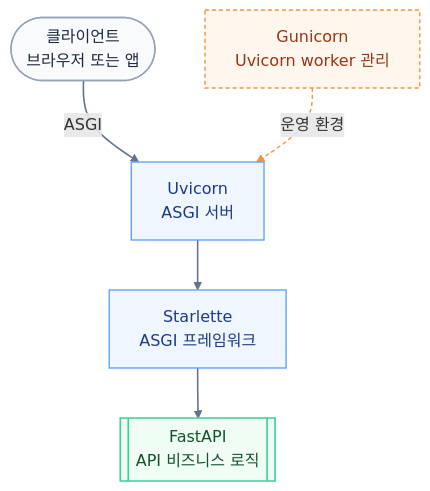
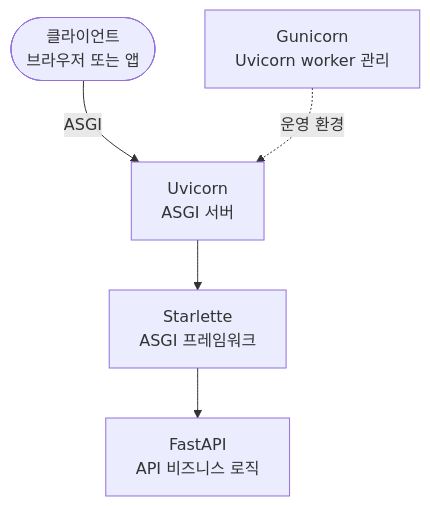
The diagram in content/Dev/python/Python fastapi.md (DS-argus/argus-quartz), drawn with Mermaid before and after one commit. The commit also changed other lines of this file and 16 other files, not shown here.

````diff
--- a/content/Dev/python/Python fastapi.md
+++ b/content/Dev/python/Python fastapi.md
@@ -51,22 +51,13 @@
 ```mermaid
 flowchart TD
     Client(["클라이언트<br/>브라우저 또는 앱"]):::entry
     Uvicorn["Uvicorn<br/>ASGI 서버"]:::runtime
     Starlette["Starlette<br/>ASGI 프레임워크"]:::runtime
-    FastAPI[[FastAPI<br/>API 비즈니스 로직]]:::app
+    FastAPI[FastAPI<br/>API 비즈니스 로직]:::app
     Gunicorn["Gunicorn<br/>Uvicorn worker 관리"]:::ops
 
     Client -->|ASGI| Uvicorn
     Uvicorn --> Starlette
     Starlette --> FastAPI
     Gunicorn -. 운영 환경 .-> Uvicorn
-
-    classDef entry fill:#f8fafc,stroke:#94a3b8,color:#1e293b,stroke-width:1.4px;
-    classDef runtime fill:#eff6ff,stroke:#60a5fa,color:#1e3a8a,stroke-width:1.4px;
-    classDef app fill:#f0fdf4,stroke:#34d399,color:#14532d,stroke-width:1.6px;
-    classDef ops fill:#fff7ed,stroke:#fb923c,color:#9a3412,stroke-width:1.4px,stroke-dasharray: 4 3;
-    linkStyle 0 stroke:#64748b,stroke-width:1.6px;
-    linkStyle 1 stroke:#64748b,stroke-width:1.6px;
-    linkStyle 2 stroke:#64748b,stroke-width:1.6px;
-    linkStyle 3 stroke:#fb923c,stroke-width:1.4px,stroke-dasharray: 4 3;
 ```
````
